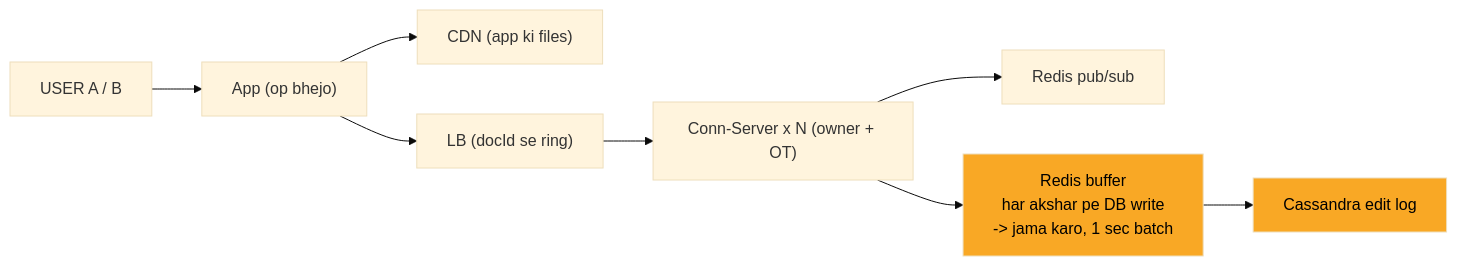
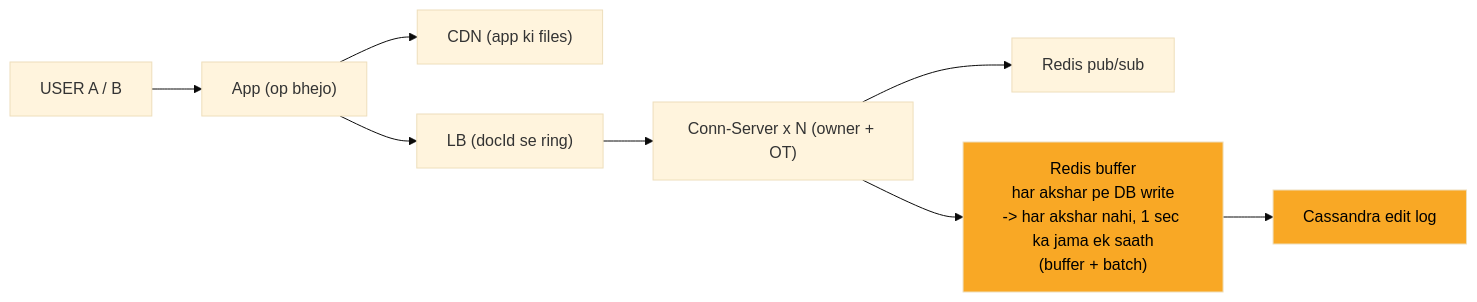
Before and after one commit to ArpanMaheshwari144/Prep: the seventh of 10 diagrams in 04_HLD/SYSTEM_DESIGNS/11_google_docs_collab/11_google_docs_collab.md, drawn with Mermaid (base theme). The commit also changed other lines of this file and 13 other files, not shown here.

````diff
--- a/04_HLD/SYSTEM_DESIGNS/11_google_docs_collab/11_google_docs_collab.md
+++ b/04_HLD/SYSTEM_DESIGNS/11_google_docs_collab/11_google_docs_collab.md
@@ -232,20 +232,20 @@
 ```mermaid
 flowchart LR
     n_USER["USER A / B"]
     n_App["App (op bhejo)"]
     n_CDN["CDN (app ki files)"]
     n_LB["LB (docId se ring)"]
     n_Conn_Server_xN["Conn-Server x N (owner + OT)"]
     n_PS["Redis pub/sub"]
-    n_BUF["Redis buffer<br/>har akshar pe DB write<br/>-> jama karo, 1 sec batch"]
+    n_BUF["Redis buffer<br/>har akshar pe DB write<br/>-> har akshar nahi, 1 sec ka jama ek saath<br/>(buffer + batch)"]
     n_CAS["Cassandra edit log"]
     n_USER --> n_App
     n_App --> n_CDN
     n_App --> n_LB
     n_LB --> n_Conn_Server_xN
     n_Conn_Server_xN --> n_PS
     n_Conn_Server_xN --> n_BUF
     n_BUF --> n_CAS
     style n_BUF fill:#f9a825,color:#000
     style n_CAS fill:#f9a825,color:#000
 ```
````
